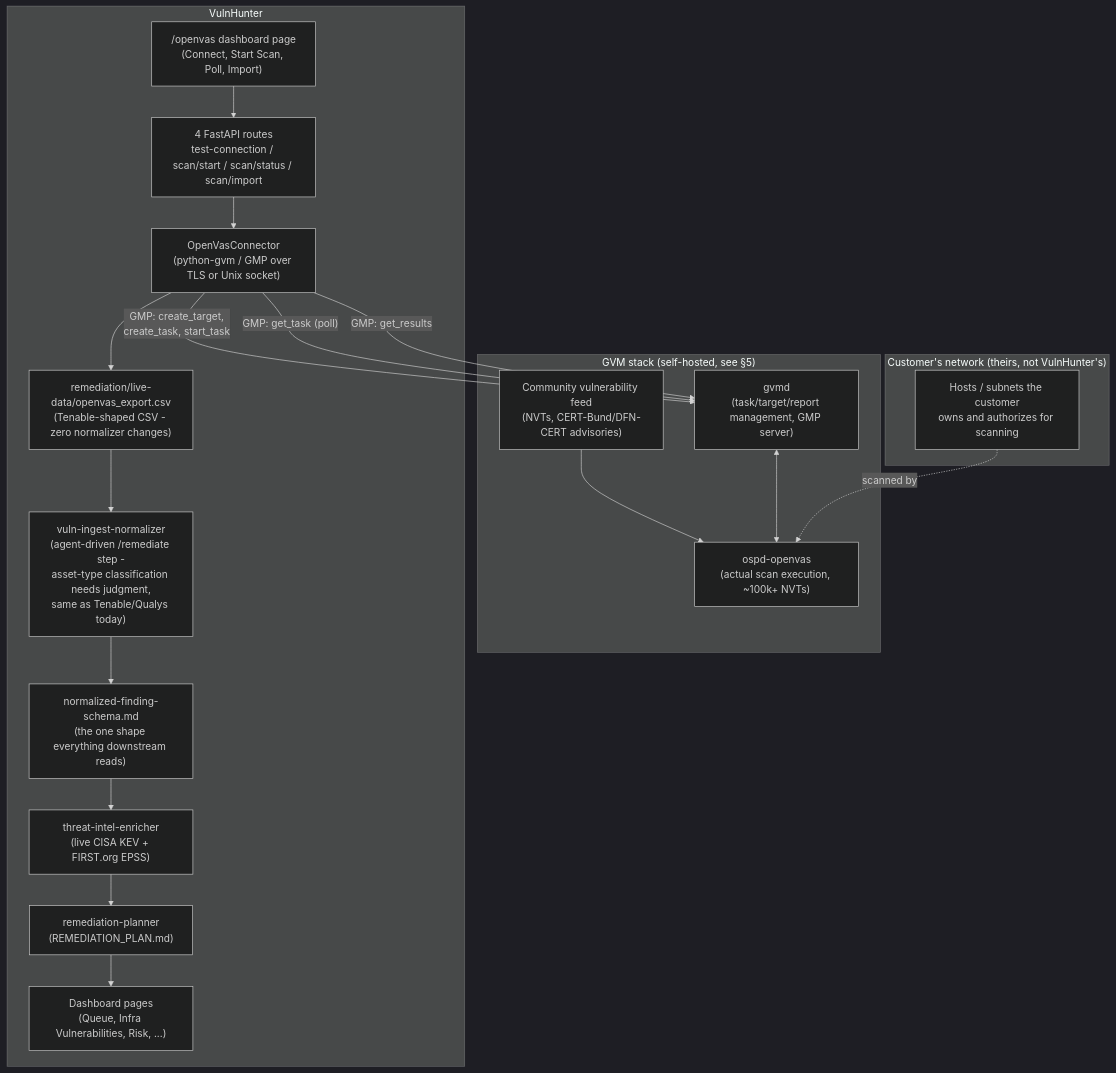
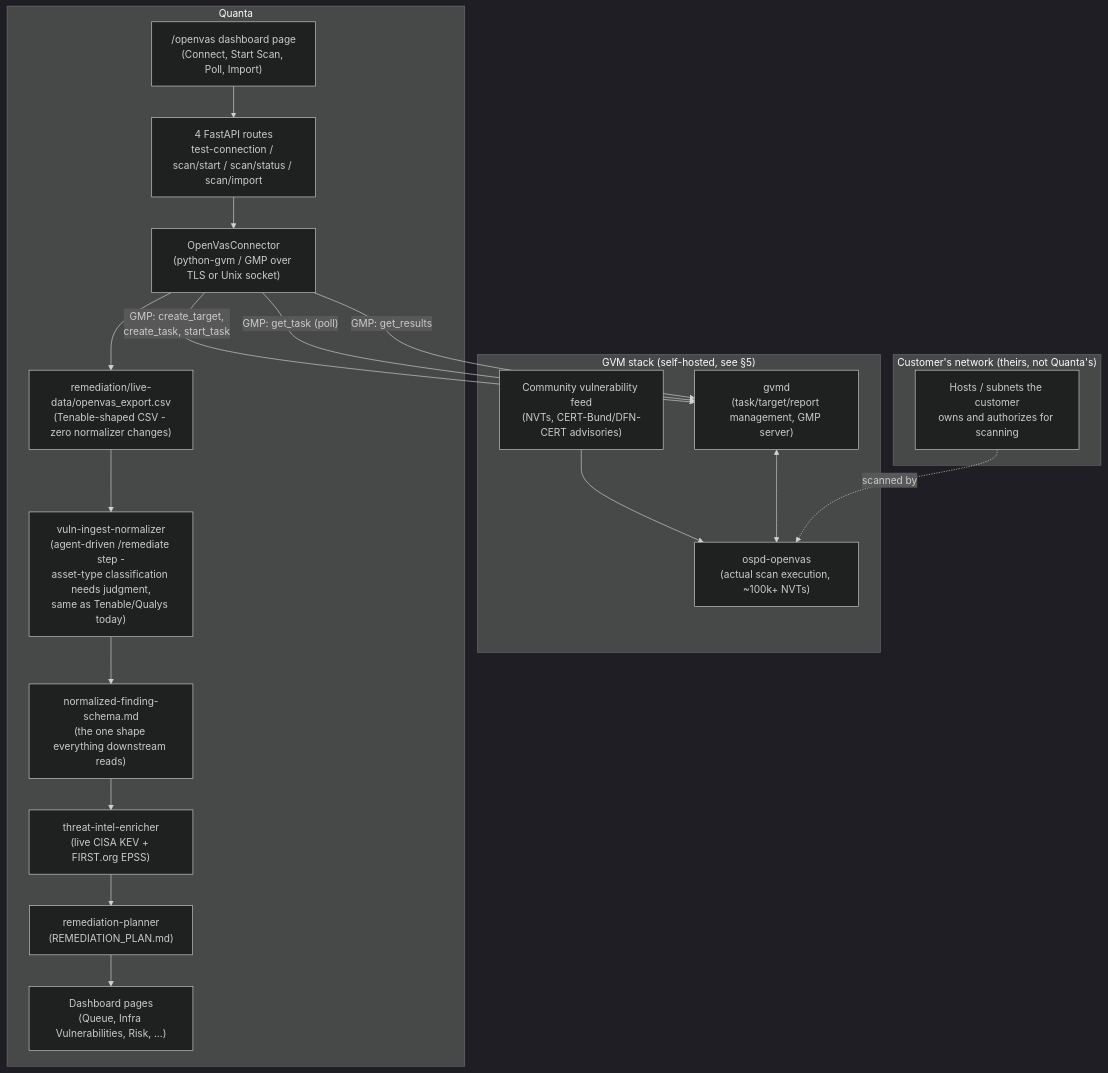
The diagram in docs/VULNERABILITY_ENGINE_ARCHITECTURE.md (pavankumar-evani/VulnHunter), drawn with Mermaid (dark theme) before and after one commit. The commit also changed other lines of this file and 94 other files, not shown here.

First line of the commit message:
Rename customer-facing brand from VulnHunter to Quanta

````diff
--- a/docs/VULNERABILITY_ENGINE_ARCHITECTURE.md
+++ b/docs/VULNERABILITY_ENGINE_ARCHITECTURE.md
@@ -48,34 +48,34 @@
 ```mermaid
 flowchart TD
-    subgraph Customer_Network["Customer's network (theirs, not VulnHunter's)"]
+    subgraph Customer_Network["Customer's network (theirs, not Quanta's)"]
         Targets["Hosts / subnets the customer\nowns and authorizes for scanning"]
     end
 
     subgraph GVM_Stack["GVM stack (self-hosted, see #167;5)"]
         ospd["ospd-openvas\n(actual scan execution, ~100k+ NVTs)"]
         gvmd["gvmd\n(task/target/report management, GMP server)"]
         feed["Community vulnerability feed\n(NVTs, CERT-Bund/DFN-CERT advisories)"]
         feed --> ospd
         gvmd <--> ospd
     end
 
-    subgraph VulnHunter["VulnHunter"]
+    subgraph Quanta["Quanta"]
         page["/openvas dashboard page\n(Connect, Start Scan, Poll, Import)"]
         api["4 FastAPI routes\ntest-connection / scan/start / scan/status / scan/import"]
         conn["OpenVasConnector\n(python-gvm / GMP over TLS or Unix socket)"]
         csv["remediation/live-data/openvas_export.csv\n(Tenable-shaped CSV - zero normalizer changes)"]
         normalizer["vuln-ingest-normalizer\n(agent-driven /remediate step -\nasset-type classification needs judgment,\nsame as Tenable/Qualys today)"]
         schema["normalized-finding-schema.md\n(the one shape everything downstream reads)"]
         enrich["threat-intel-enricher\n(live CISA KEV + FIRST.org EPSS)"]
         plan["remediation-planner\n(REMEDIATION_PLAN.md)"]
         dash["Dashboard pages\n(Queue, Infra Vulnerabilities, Risk, ...)"]
 
         page --> api --> conn
         conn -- "GMP: create_target,\ncreate_task, start_task" --> gvmd
         conn -- "GMP: get_task (poll)" --> gvmd
         conn -- "GMP: get_results" --> gvmd
         conn --> csv --> normalizer --> schema --> enrich --> plan --> dash
     end
 
     Targets -.->|scanned by| ospd
 ```
````
